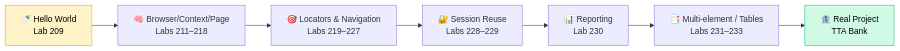
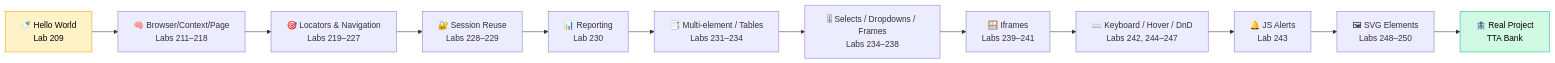
The first of 21 diagrams in LearningPlaywrightFundamentals-main/README.md (prriyaldesai-prog/Playwright_Fundamentals), drawn with Mermaid before and after one commit. The commit also changed other lines of this file and 1188 other files, not shown here.

````diff
--- a/LearningPlaywrightFundamentals-main/README.md
+++ b/LearningPlaywrightFundamentals-main/README.md
@@ -52,12 +57,17 @@
 ```mermaid
 flowchart LR
     A[🍼 Hello World<br/>Lab 209] --> B[🧠 Browser/Context/Page<br/>Labs 211–218]
     B --> C[🎯 Locators & Navigation<br/>Labs 219–227]
     C --> D[🔐 Session Reuse<br/>Labs 228–229]
     D --> E[📊 Reporting<br/>Lab 230]
-    E --> F[📑 Multi-element / Tables<br/>Labs 231–233]
-    F --> G[🏦 Real Project<br/>TTA Bank]
+    E --> F[📑 Multi-element / Tables<br/>Labs 231–234]
+    F --> H[🎚 Selects / Dropdowns / Frames<br/>Labs 234–238]
+    H --> I[🪟 Iframes<br/>Labs 239–241]
+    I --> J[⌨️ Keyboard / Hover / DnD<br/>Labs 242, 244–247]
+    J --> K[🔔 JS Alerts<br/>Lab 243]
+    K --> L[🖼 SVG Elements<br/>Labs 248–250]
+    L --> G[🏦 Real Project<br/>TTA Bank]
 
     style A fill:#fef3c7,stroke:#f59e0b,color:#000
     style G fill:#d1fae5,stroke:#10b981,color:#000
 ```
````
